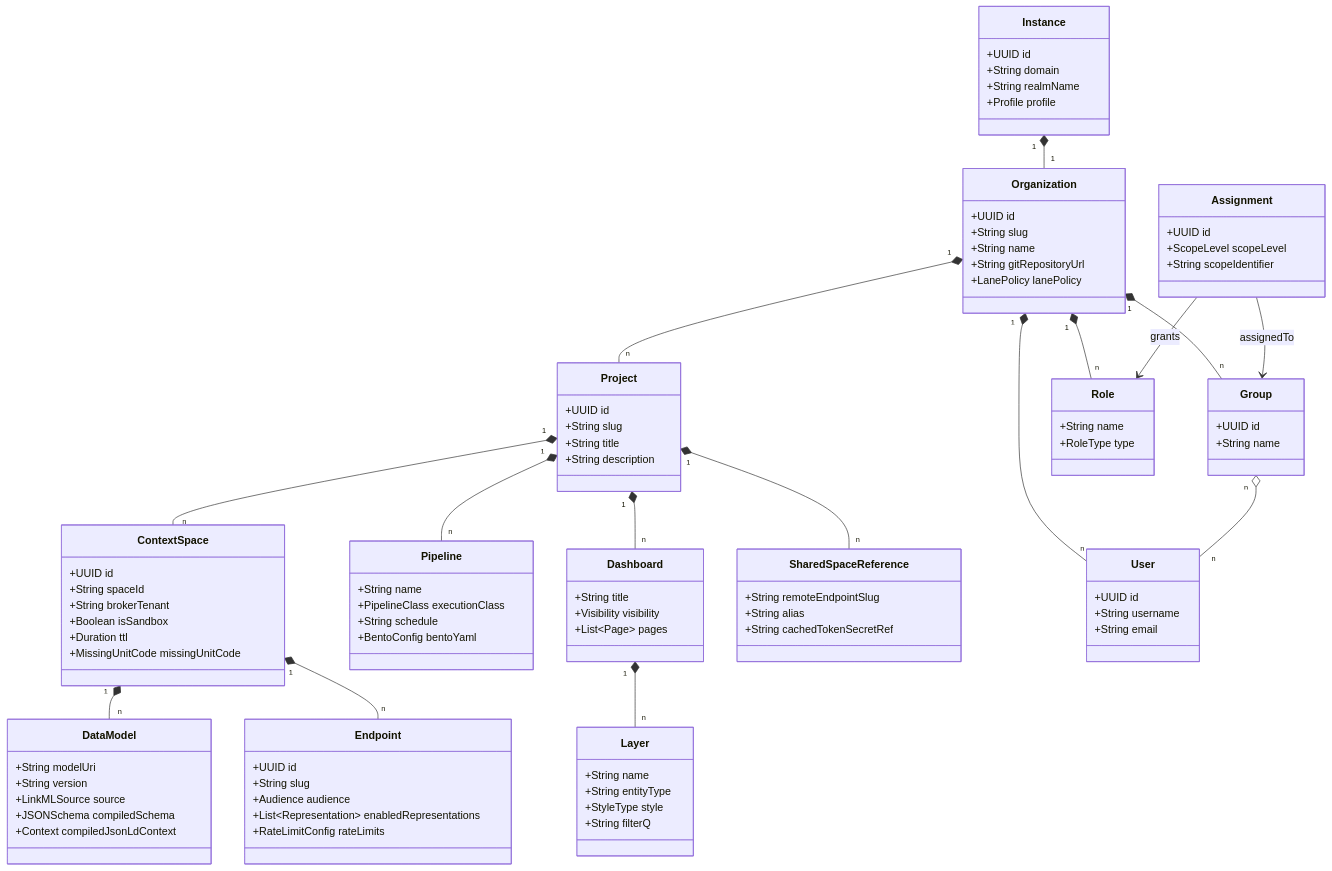
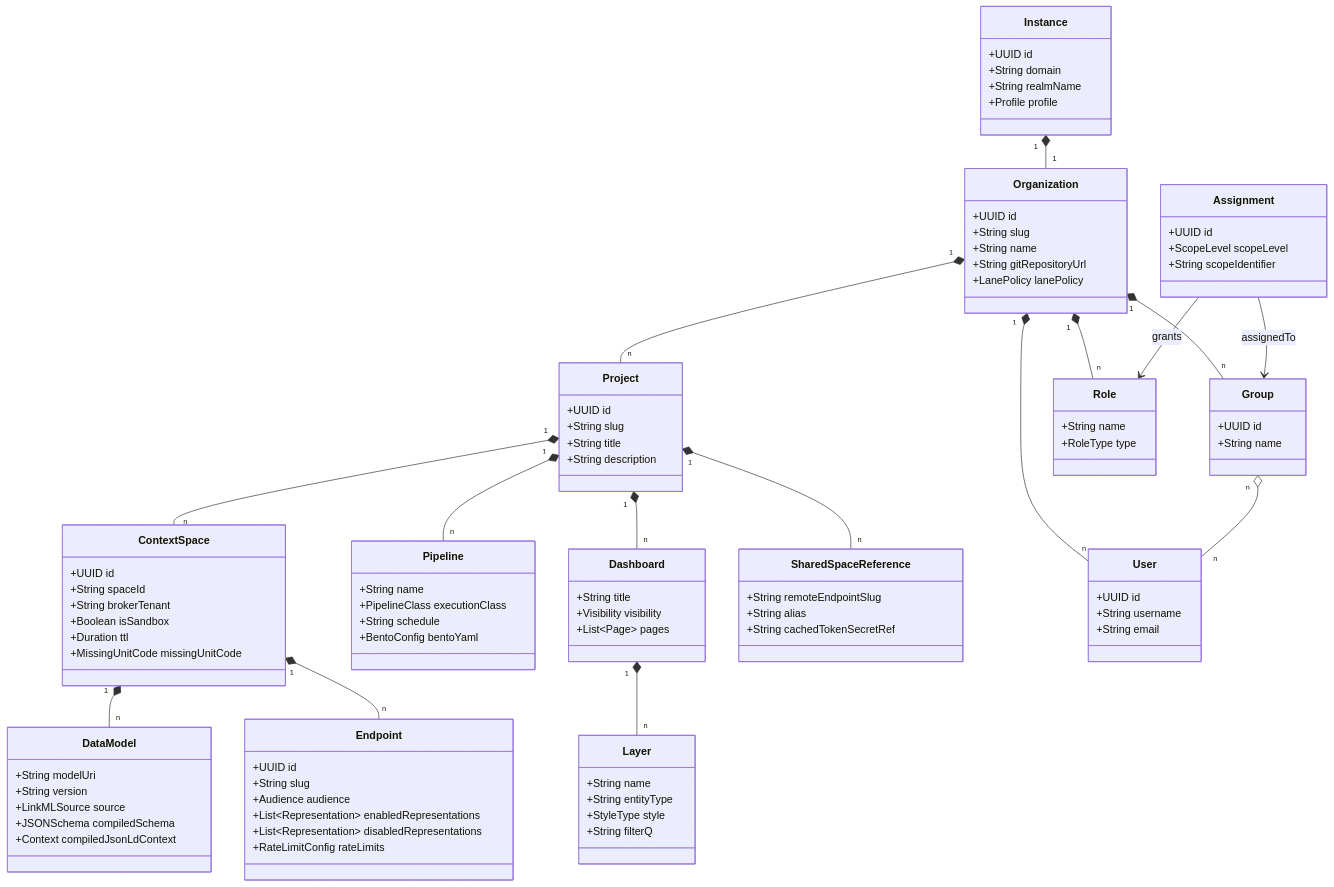
The first of 2 diagrams in Architecture/03-domain-model.md (marek-mraz-jc/joinedcontext-docs), drawn with Mermaid before and after one commit. The commit also changed 5 other files, not shown here.

Commit message:
EP-104: an Endpoint without enabledRepresentations serves every standard but STA, disabledRepresentations opts out; EP-05 names odata/v4/; the standards matrix (T-3829)

```diff
--- a/Architecture/03-domain-model.md
+++ b/Architecture/03-domain-model.md
@@ -56,6 +56,7 @@
         +String slug
         +Audience audience
         +List~Representation~ enabledRepresentations
+        +List~Representation~ disabledRepresentations
         +RateLimitConfig rateLimits
     }
 
```
